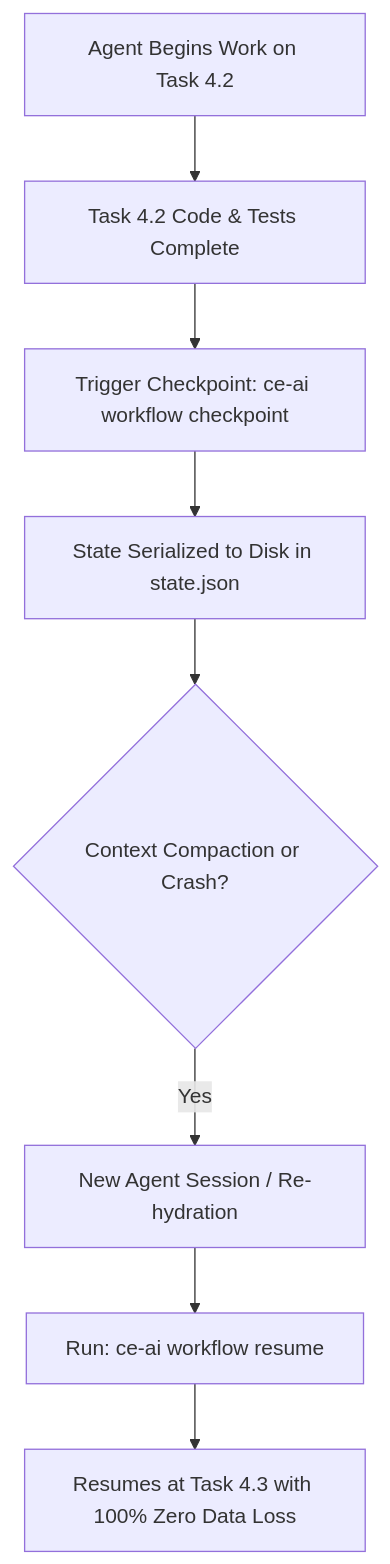
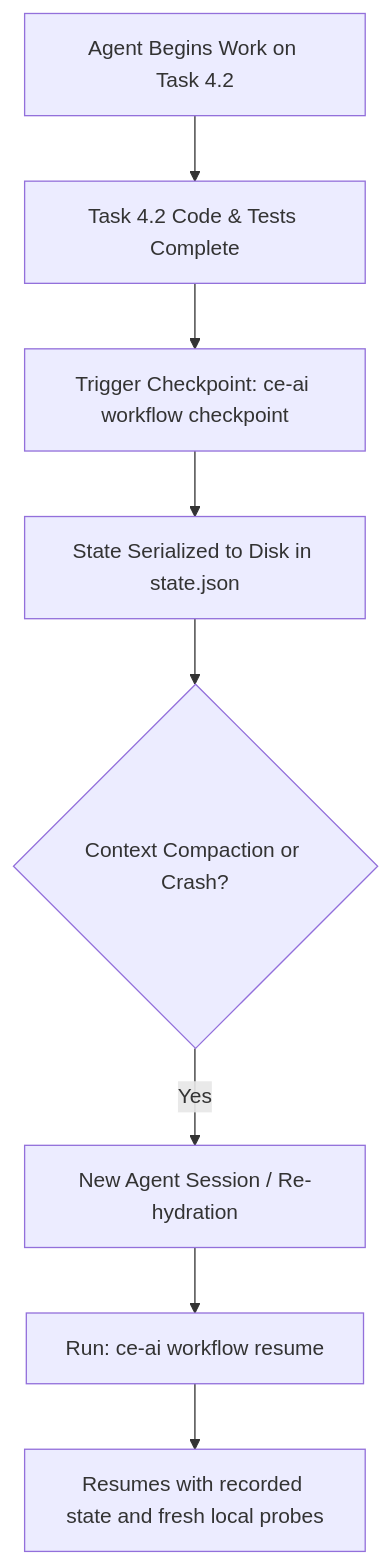
Before and after one commit to mastepanoski/ce-ai: the sixth of 7 diagrams in docs/user-guide/fsm-and-checkpoints-explained.md, drawn with Mermaid. The commit also changed other lines of this file and 21 other files, not shown here.

````diff
--- a/docs/user-guide/fsm-and-checkpoints-explained.md
+++ b/docs/user-guide/fsm-and-checkpoints-explained.md
@@ -170,10 +170,10 @@
 ```mermaid
 flowchart TD
     A[Agent Begins Work on Task 4.2] --> B[Task 4.2 Code & Tests Complete]
     B --> C[Trigger Checkpoint: ce-ai workflow checkpoint]
     C --> D[State Serialized to Disk in state.json]
     D --> E{Context Compaction or Crash?}
     E -->|Yes| F[New Agent Session / Re-hydration]
     F --> G[Run: ce-ai workflow resume]
-    G --> H[Resumes at Task 4.3 with 100% Zero Data Loss]
+    G --> H[Resumes with recorded state and fresh local probes]
 ```
````
